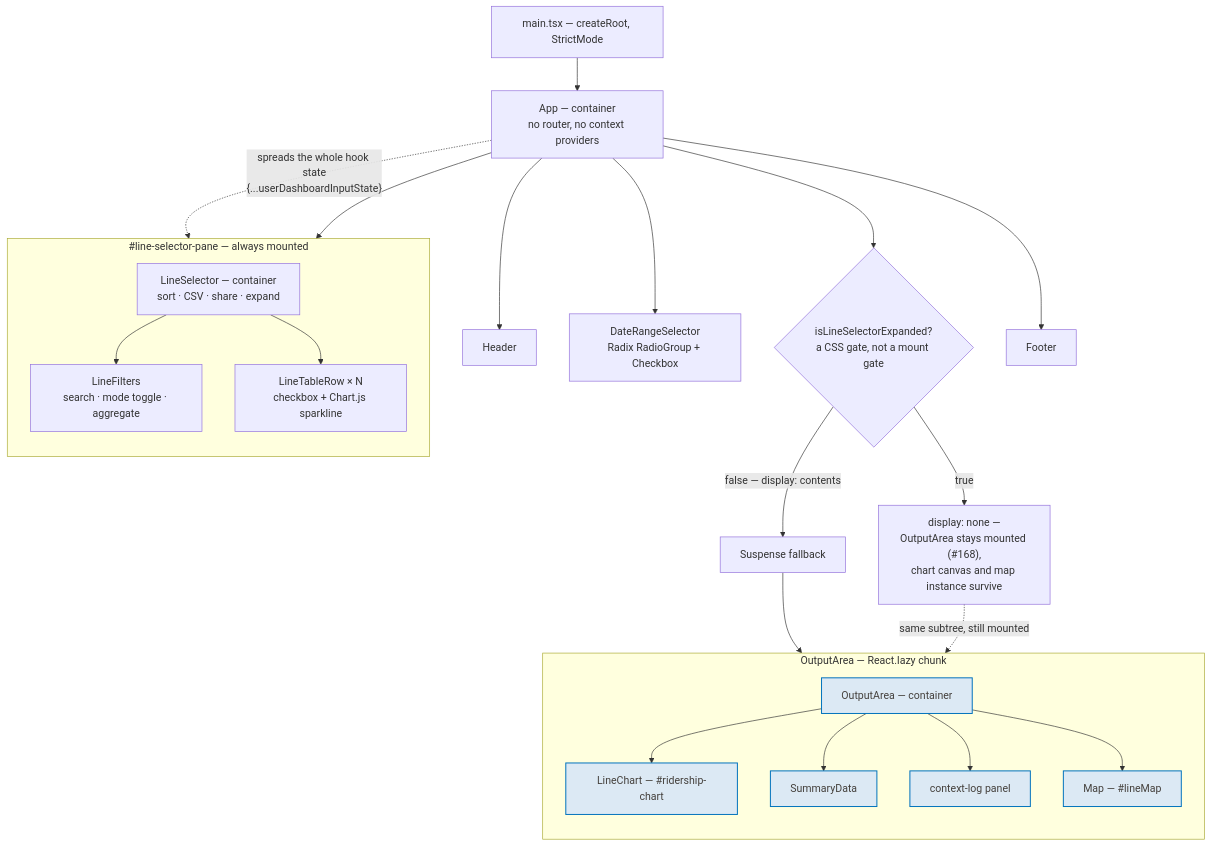
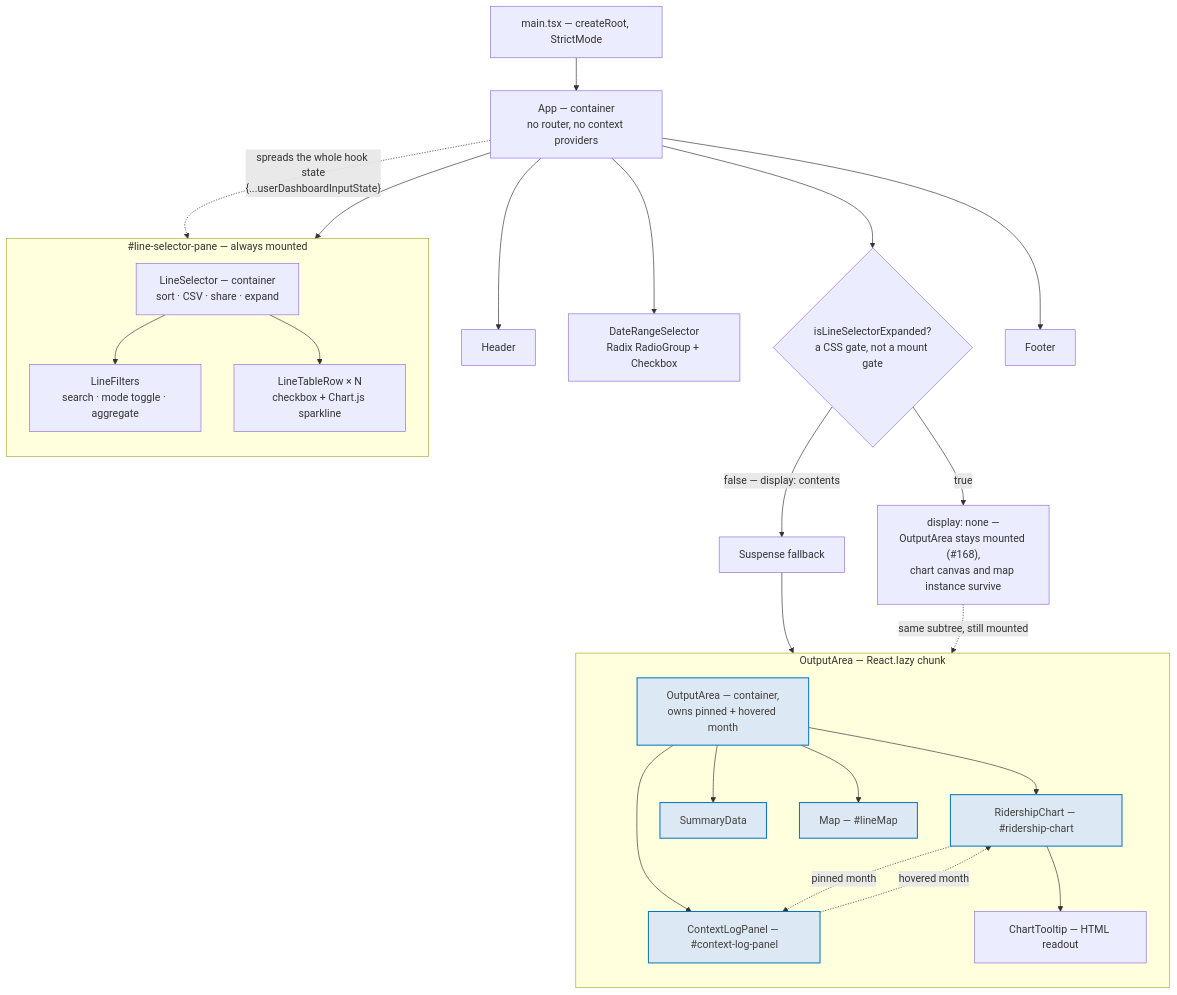
One commit to streetsforall/metro_ridership_app changed the diagram in docs/architecture/mermaid/07-component-tree.mmd. Above: the diagram before and after it, drawn with Mermaid. The commit also changed 10 other files, not shown here.

First line of the commit message:
test(e2e): cover the chart's interactive layer and rebase the baselines

```diff
--- a/docs/architecture/mermaid/07-component-tree.mmd
+++ b/docs/architecture/mermaid/07-component-tree.mmd
@@ -1,48 +1,52 @@
 flowchart TB
   main["main.tsx — createRoot, StrictMode"]
   app["App — container<br/>no router, no context providers"]
   header["Header"]
   drs["DateRangeSelector<br/>Radix RadioGroup + Checkbox"]
 
   subgraph leftPane["#line-selector-pane — always mounted"]
     direction TB
     ls["LineSelector — container<br/>sort · CSV · share · expand"]
     lf["LineFilters<br/>search · mode toggle · aggregate"]
     ltr["LineTableRow × N<br/>checkbox + Chart.js sparkline"]
     ls --> lf
     ls --> ltr
   end
 
   gate{"isLineSelectorExpanded?<br/>a CSS gate, not a mount gate"}
   hidden["display: none —<br/>OutputArea stays mounted (#168),<br/>chart canvas and map instance survive"]
   susp["Suspense fallback"]
 
   subgraph rightPane["OutputArea — React.lazy chunk"]
     direction TB
-    oa["OutputArea — container"]
-    chart["LineChart — #ridership-chart"]
+    oa["OutputArea — container,<br/>owns pinned + hovered month"]
+    chart["RidershipChart — #ridership-chart"]
+    tooltip["ChartTooltip — HTML readout"]
     summary["SummaryData"]
-    ctxlog["context-log panel"]
+    ctxlog["ContextLogPanel — #context-log-panel"]
     mapCmp["Map — #lineMap"]
     oa --> chart
     oa --> summary
     oa --> ctxlog
     oa --> mapCmp
+    chart --> tooltip
+    chart -. "pinned month" .-> ctxlog
+    ctxlog -. "hovered month" .-> chart
   end
 
   footer["Footer"]
 
   main --> app
   app --> header
   app --> drs
   app --> leftPane
   app --> gate
   gate -- "true" --> hidden
   gate -- "false — display: contents" --> susp --> oa
   hidden -. "same subtree, still mounted" .-> oa
   app --> footer
 
   app -. "spreads the whole hook state<br/>{...userDashboardInputState}" .-> ls
 
   classDef structural fill:#dce9f4,stroke:#0072bc,stroke-width:1.5px,color:#44403c
   class oa,chart,summary,ctxlog,mapCmp structural
```
